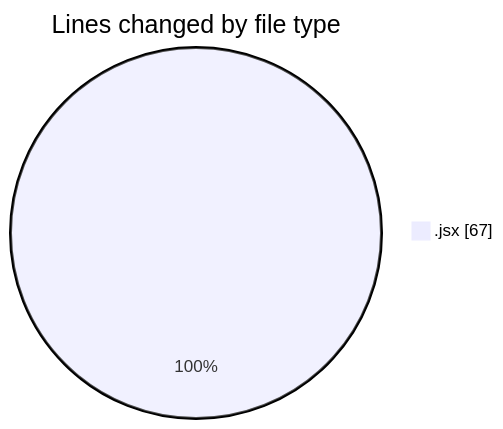
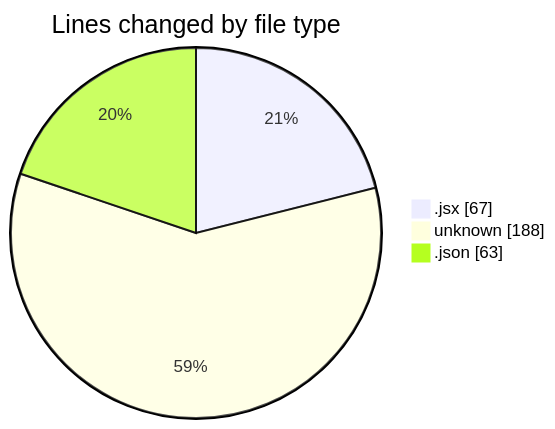
One commit to Elitesun/code-tracking changed the first of 2 diagrams in 2025-02-05/react_ecom/README.md. Above: the diagram before and after it, drawn with Mermaid. The commit also changed other lines of this file and 1 other file, not shown here.

````diff
--- a/2025-02-05/react_ecom/README.md
+++ b/2025-02-05/react_ecom/README.md
@@ -23,5 +25,7 @@
 ```mermaid
 pie showData
 title Lines changed by file type
 ".jsx" : 67
+"unknown" : 188
+".json" : 63
 ```
````
